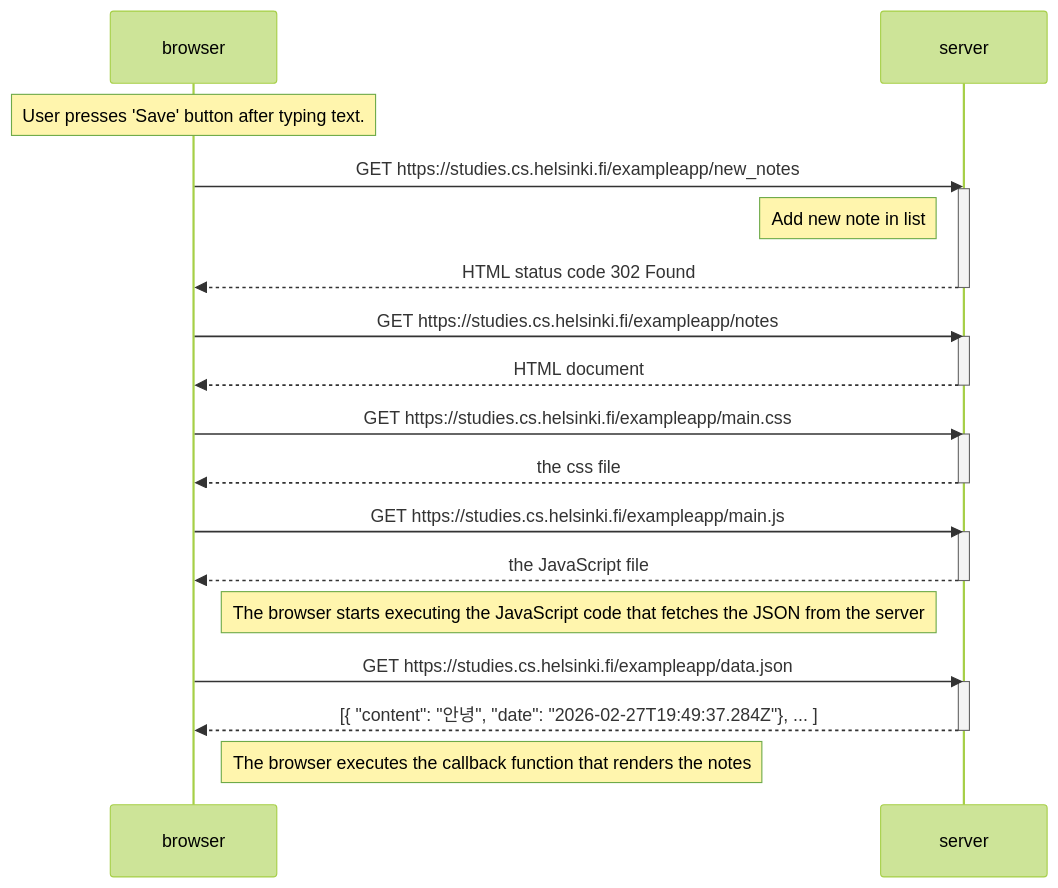
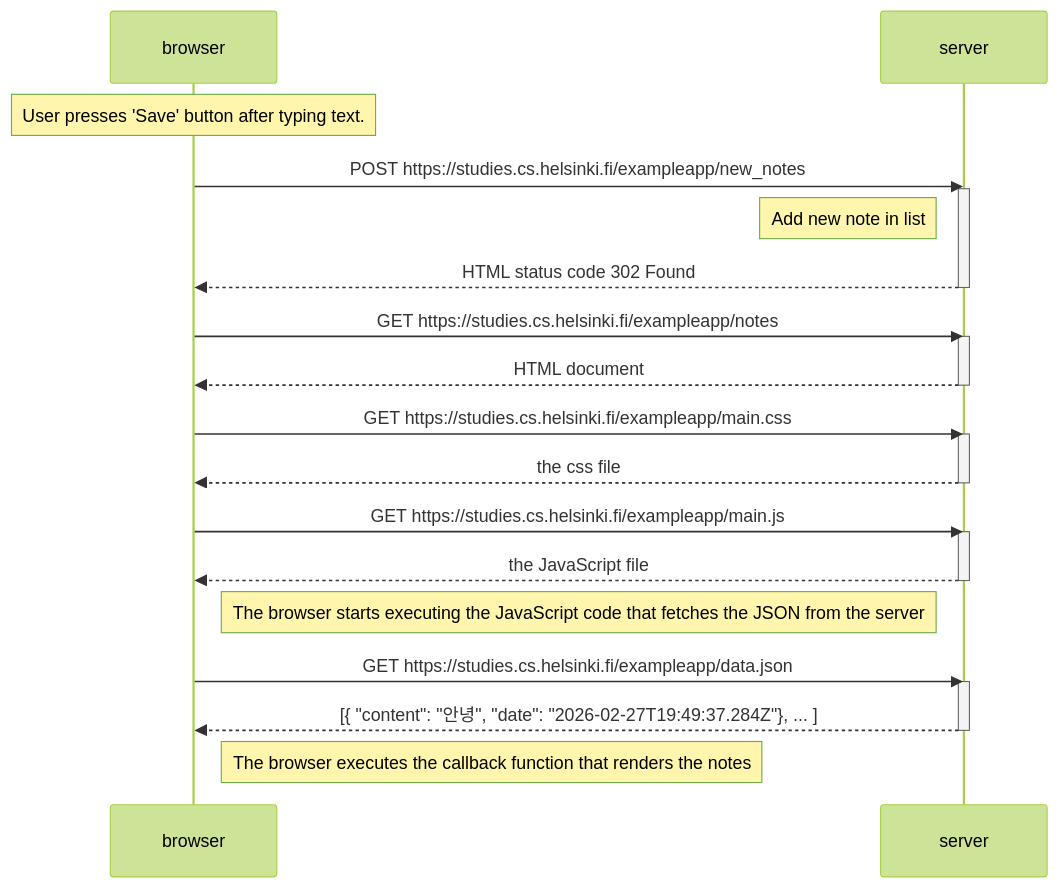
One commit to wayggstar/FullstackOpen-MOOC changed the diagram in part0/New-Note-Diagram.md. Above: the diagram before and after it, drawn with Mermaid (forest theme).

````diff
--- a/part0/New-Note-Diagram.md
+++ b/part0/New-Note-Diagram.md
@@ -1,37 +1,37 @@
 ```mermaid
 sequenceDiagram
     participant browser
     participant server
 
     Note over browser: User presses 'Save' button after typing text.
 
-    browser->>server: GET https://studies.cs.helsinki.fi/exampleapp/new_notes
+    browser->>server: POST https://studies.cs.helsinki.fi/exampleapp/new_notes
     activate server
     Note left of server: Add new note in list
     server-->>browser: HTML status code 302 Found
     deactivate server
 
     browser->>server: GET https://studies.cs.helsinki.fi/exampleapp/notes
     activate server
     server-->>browser: HTML document
     deactivate server
 
     browser->>server: GET https://studies.cs.helsinki.fi/exampleapp/main.css
     activate server
     server-->>browser: the css file
     deactivate server
 
     browser->>server: GET https://studies.cs.helsinki.fi/exampleapp/main.js
     activate server
     server-->>browser: the JavaScript file
     deactivate server
 
     Note right of browser: The browser starts executing the JavaScript code that fetches the JSON from the server
 
     browser->>server: GET https://studies.cs.helsinki.fi/exampleapp/data.json
     activate server
     server-->>browser: [{ "content": "안녕", "date": "2026-02-27T19:49:37.284Z"}, ... ]
     deactivate server
 
     Note right of browser: The browser executes the callback function that renders the notes
 ```
````
